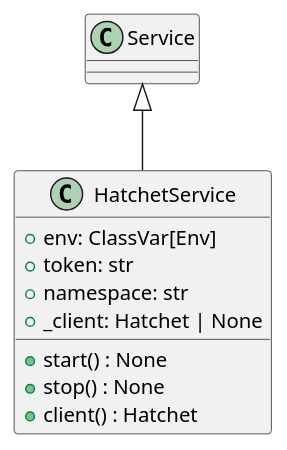
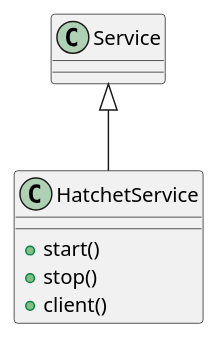
Before and after one commit to lgcorzo/llmops-python-package: the diagram in openwiki/src/autogen_team/infrastructure/services/hatchet_service.md, drawn with PlantUML. The commit also changed other lines of this file and 77 other files, not shown here.

````diff
--- a/openwiki/src/autogen_team/infrastructure/services/hatchet_service.md
+++ b/openwiki/src/autogen_team/infrastructure/services/hatchet_service.md
@@ -53,14 +127,10 @@
 ```plantuml
 @startuml
-    Service <|-- HatchetService
-    class HatchetService {
-        +env: ClassVar[Env]
-        +token: str
-        +namespace: str
-        +_client: Hatchet | None
-        +start() : None
-        +stop() : None
-        +client() : Hatchet
-    }
+class HatchetService {
+  + start()
+  + stop()
+  + client()
+}
+Service <|-- HatchetService
 @enduml
 ```
````
